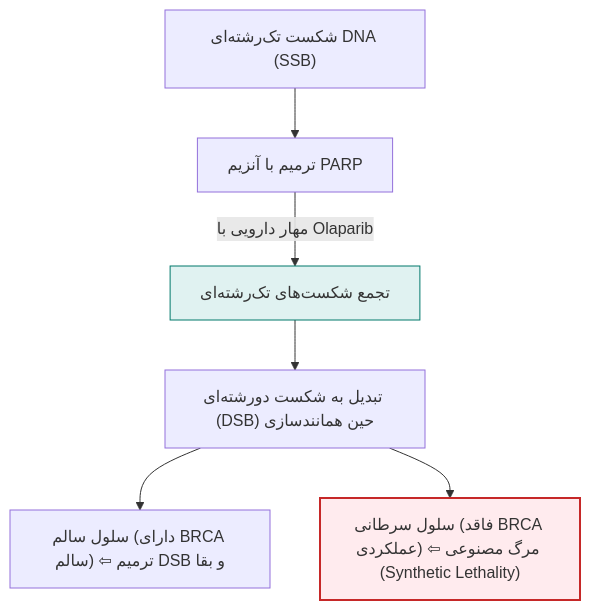
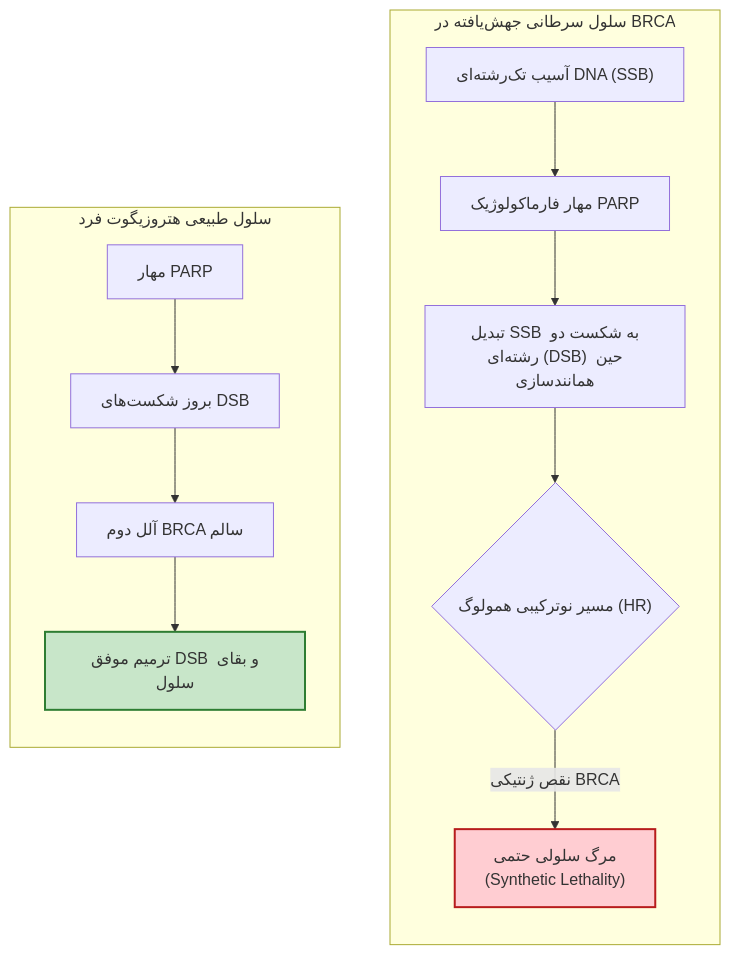
The third of 6 diagrams in 05/ژنتیک پزشکی/کامل/17.md (neopulse-hub/-TUMS-1402-2-material-notes-), drawn with Mermaid before and after one commit. The commit also changed other lines of this file, not shown here.

````diff
--- a/05/ژنتیک پزشکی/کامل/17.md
+++ b/05/ژنتیک پزشکی/کامل/17.md
@@ -107,11 +123,18 @@
 ```mermaid
 flowchart TD
-    classDef drug fill:#e0f2f1,stroke:#00796b,stroke-width:1px;
-    classDef death fill:#ffebee,stroke:#c62828,stroke-width:2px;
-
-    DNA["شکست تک‌رشته‌ای DNA (SSB)"] --> PARP["ترمیم با آنزیم PARP"]
-    PARP -->|مهار دارویی با Olaparib| NoPARP["تجمع شکست‌های تک‌رشته‌ای"]:::drug
-    NoPARP --> Fork["تبدیل به شکست دورشته‌ای (DSB) حین همانندسازی"]
-    Fork --> CellNorm["سلول سالم (دارای BRCA سالم) ⇦ ترمیم DSB و بقا"]
-    Fork --> CellTum["سلول سرطانی (فاقد BRCA عملکردی) ⇦ مرگ مصنوعی (Synthetic Lethality)"]:::death
+    subgraph Defect["سلول سرطانی جهش‌یافته در BRCA"]
+	direction TB
+    D1["آسیب تک‌رشته‌ای DNA (SSB)"] --> D2["مهار فارماکولوژیک PARP"]
+    D2 --> D3["تبدیل SSB به شکست دو رشته‌ای (DSB) حین همانندسازی"]
+    D3 --> D4{"مسیر نوترکیبی همولوگ (HR)"}
+    D4 -- "نقص ژنتیکی BRCA" --> D5["مرگ سلولی حتمی<br>(Synthetic Lethality)"]
+    end
+    subgraph Normal["سلول طبیعی هتروزیگوت فرد"]
+    direction TB
+    N1["مهار PARP"] --> N2["بروز شکست‌های DSB"]
+    N2 --> N3["آلل دوم BRCA سالم"]
+    N3 --> N4["ترمیم موفق DSB و بقای سلول"]
+    end
+    style D5 fill:#ffcdd2,stroke:#b71c1c,stroke-width:2px
+    style N4 fill:#c8e6c9,stroke:#2e7d32,stroke-width:2px
 ```
````
